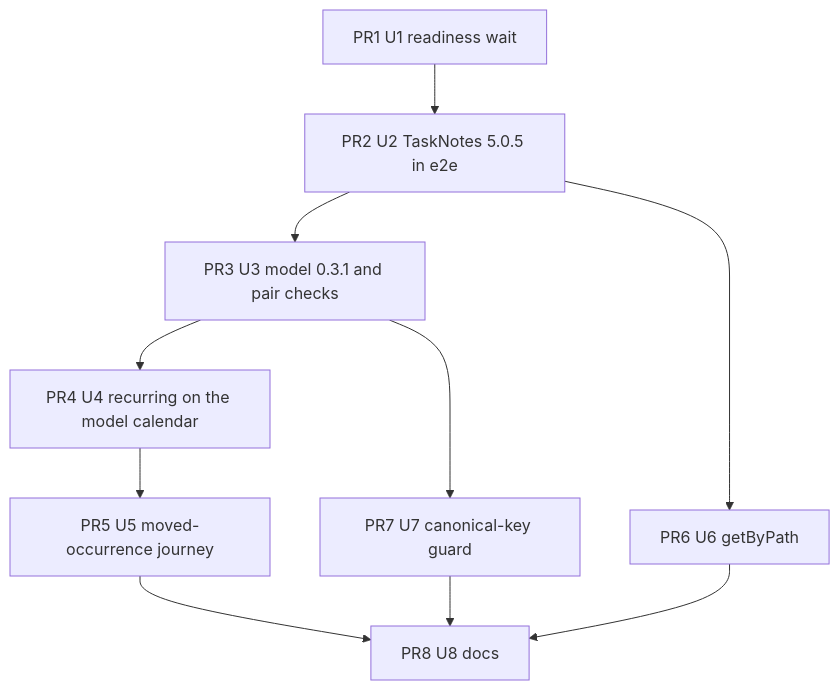
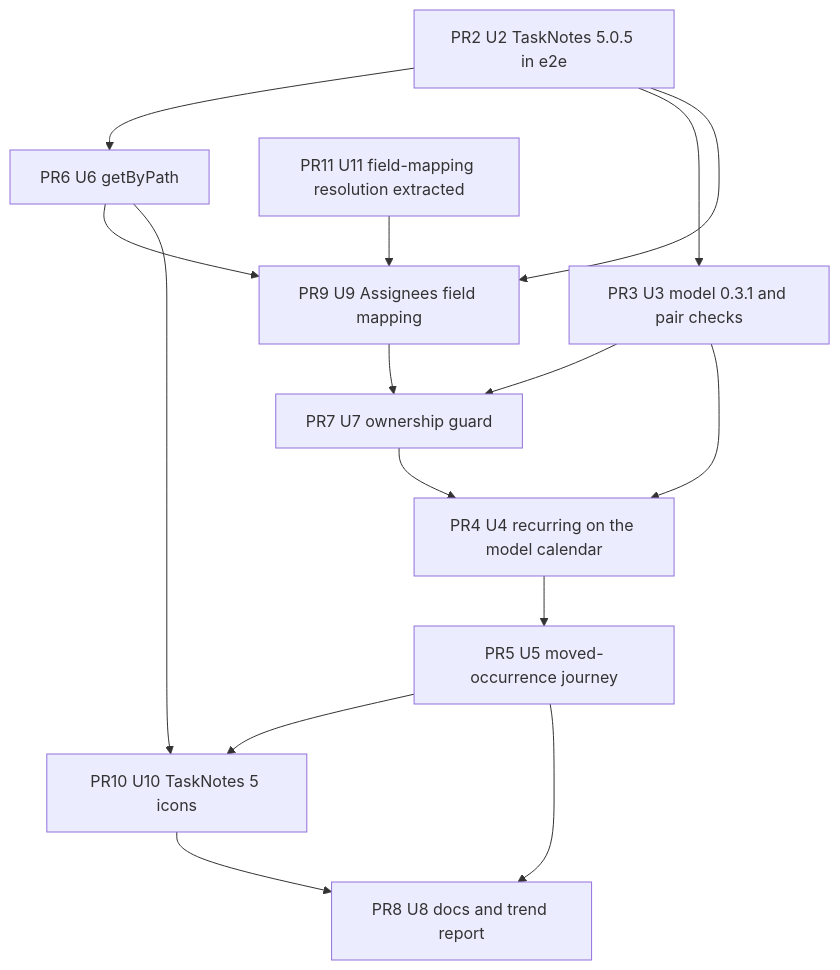
Before and after one commit to renatomen/tasknotes-gantt: the third of 3 diagrams in docs/plans/2026-11-26-001-feat-tasknotes-5-0-5-compatibility-plan.md, drawn with Mermaid. The commit also changed other lines of this file and 2 other files, not shown here.

First line of the commit message:
docs(plans): apply the maintainer's TaskNotes 5.0.5 plan decisions (#521)

````diff
--- a/docs/plans/2026-11-26-001-feat-tasknotes-5-0-5-compatibility-plan.md
+++ b/docs/plans/2026-11-26-001-feat-tasknotes-5-0-5-compatibility-plan.md
@@ -164,12 +212,17 @@
 ```mermaid
 flowchart TB
-  PR1[PR1 U1 readiness wait] --> PR2[PR2 U2 TaskNotes 5.0.5 in e2e]
+  PR2[PR2 U2 TaskNotes 5.0.5 in e2e] --> PR6[PR6 U6 getByPath]
   PR2 --> PR3[PR3 U3 model 0.3.1 and pair checks]
+  PR11[PR11 U11 field-mapping resolution extracted] --> PR9[PR9 U9 Assignees field mapping]
+  PR2 --> PR9
+  PR6 --> PR9
+  PR3 --> PR7[PR7 U7 ownership guard]
+  PR9 --> PR7
   PR3 --> PR4[PR4 U4 recurring on the model calendar]
+  PR7 --> PR4
   PR4 --> PR5[PR5 U5 moved-occurrence journey]
-  PR2 --> PR6[PR6 U6 getByPath]
-  PR3 --> PR7[PR7 U7 canonical-key guard]
-  PR5 --> PR8[PR8 U8 docs]
-  PR6 --> PR8
-  PR7 --> PR8
+  PR6 --> PR10[PR10 U10 TaskNotes 5 icons]
+  PR5 --> PR10
+  PR10 --> PR8[PR8 U8 docs and trend report]
+  PR5 --> PR8
 ```
````
